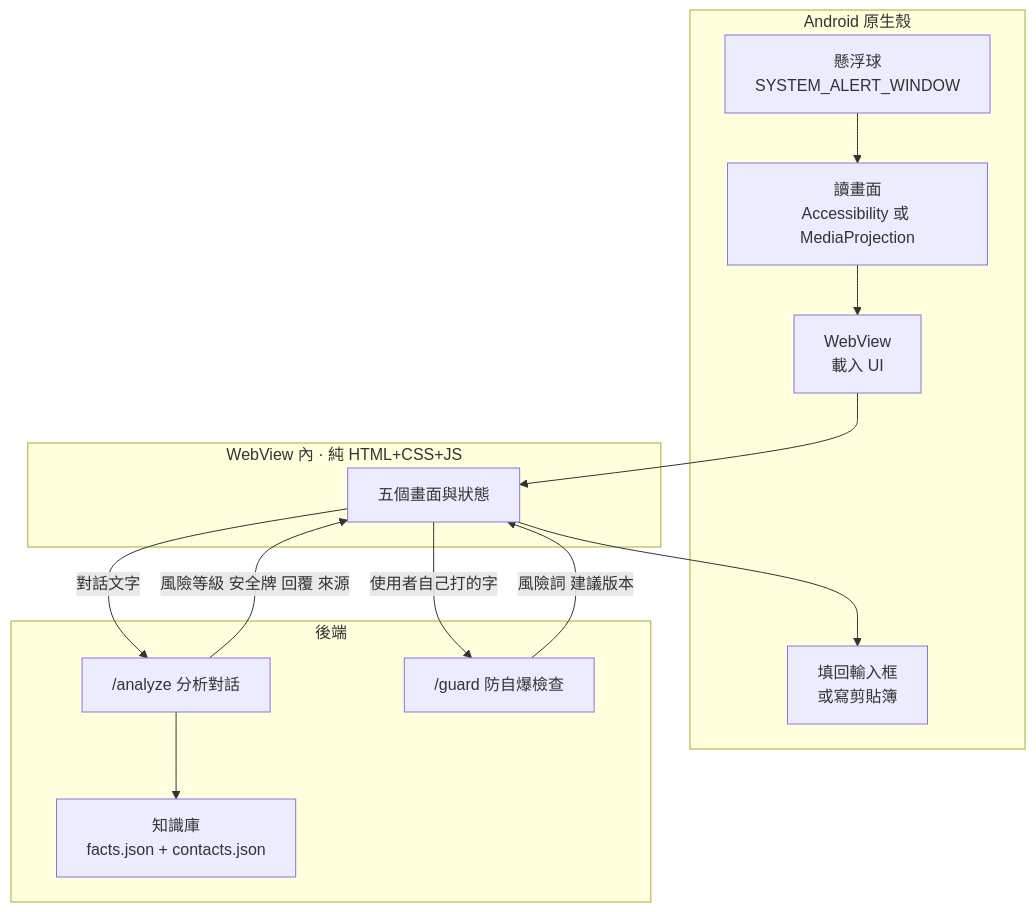
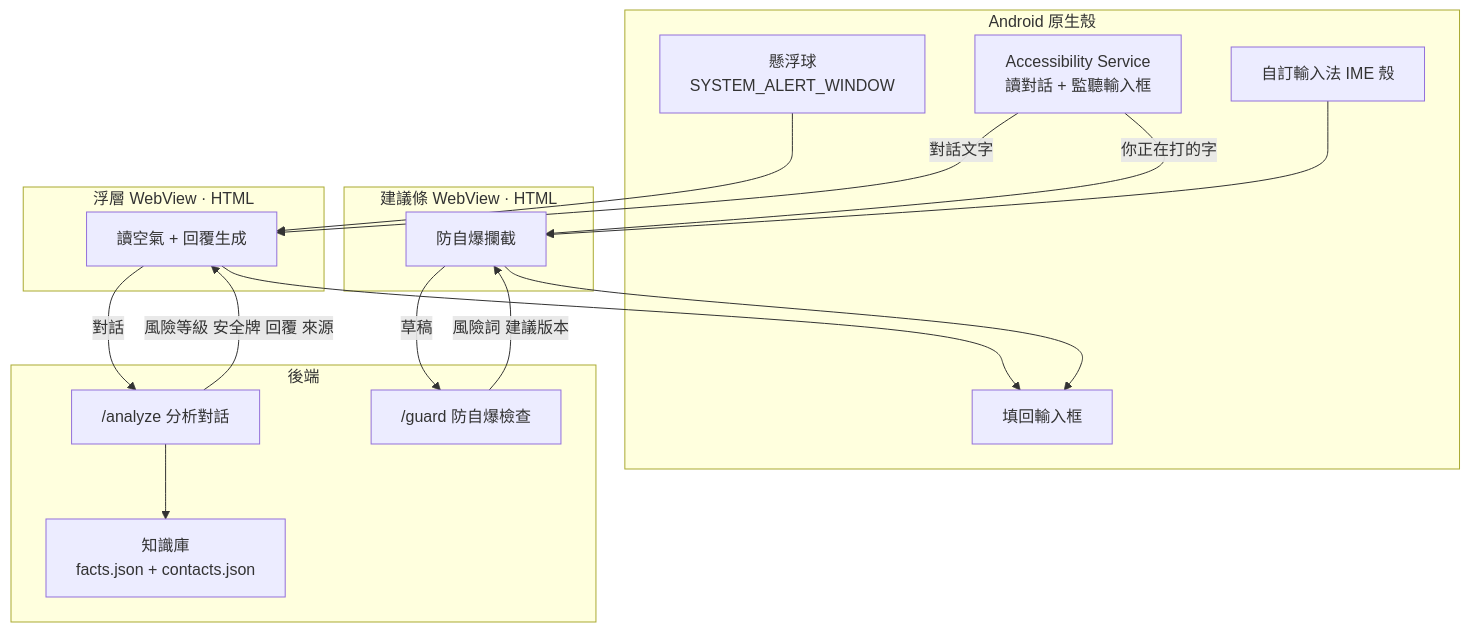
Before and after one commit to livetoearn33-dotcom/fm2026-bzzv: the diagram in docs/spec.md, drawn with Mermaid. The commit also changed other lines of this file and 2 other files, not shown here.

````diff
--- a/docs/spec.md
+++ b/docs/spec.md
@@ -32,25 +47,31 @@
 ```mermaid
 flowchart TB
     subgraph AND["Android 原生殼"]
         F["懸浮球<br/>SYSTEM_ALERT_WINDOW"]
-        R["讀畫面<br/>Accessibility 或 MediaProjection"]
-        W["WebView<br/>載入 UI"]
-        P["填回輸入框<br/>或寫剪貼簿"]
+        R["Accessibility Service<br/>讀對話 + 監聽輸入框"]
+        IME["自訂輸入法 IME 殼"]
+        P["填回輸入框"]
     end
-    subgraph WEB["WebView 內 · 純 HTML+CSS+JS"]
-        U["五個畫面與狀態"]
+    subgraph WEB1["浮層 WebView · HTML"]
+        U1["讀空氣 + 回覆生成"]
+    end
+    subgraph WEB2["建議條 WebView · HTML"]
+        U2["防自爆攔截"]
     end
     subgraph API["後端"]
         S["/analyze 分析對話"]
         G["/guard 防自爆檢查"]
         K["知識庫<br/>facts.json + contacts.json"]
     end
-    F --> R --> W
-    W --> U
-    U -->|"對話文字"| S
+    F --> U1
+    R -->|"對話文字"| U1
+    R -->|"你正在打的字"| U2
+    IME --> U2
+    U1 -->|"對話"| S
     S --> K
-    S -->|"風險等級 安全牌 回覆 來源"| U
-    U -->|"使用者自己打的字"| G
-    G -->|"風險詞 建議版本"| U
-    U --> P
+    S -->|"風險等級 安全牌 回覆 來源"| U1
+    U2 -->|"草稿"| G
+    G -->|"風險詞 建議版本"| U2
+    U1 --> P
+    U2 --> P
 ```
````
